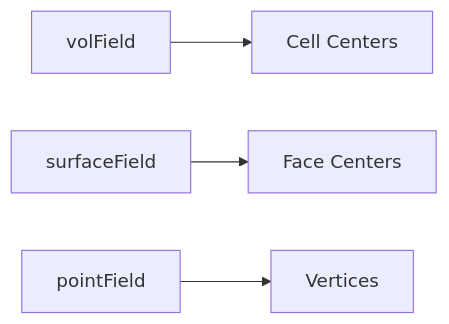
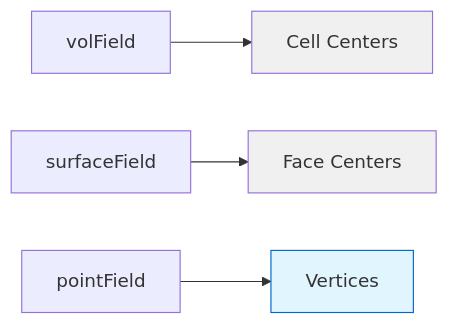
Before and after one commit to wramet/build-my-cfd: the diagram in MODULE_05_OPENFOAM_PROGRAMMING/CONTENT/08_FIELD_TYPES/05_Point_Fields.md, drawn with Mermaid. The commit also changed other lines of this file and 124 other files, not shown here.

````diff
--- a/MODULE_05_OPENFOAM_PROGRAMMING/CONTENT/08_FIELD_TYPES/05_Point_Fields.md
+++ b/MODULE_05_OPENFOAM_PROGRAMMING/CONTENT/08_FIELD_TYPES/05_Point_Fields.md
@@ -11,6 +34,10 @@
 ```mermaid
 flowchart LR
     A[volField] --> B[Cell Centers]
     C[surfaceField] --> D[Face Centers]
     E[pointField] --> F[Vertices]
+    
+    style F fill:#e1f5ff,stroke:#0066cc
+    style B fill:#f0f0f0
+    style D fill:#f0f0f0
 ```
````
